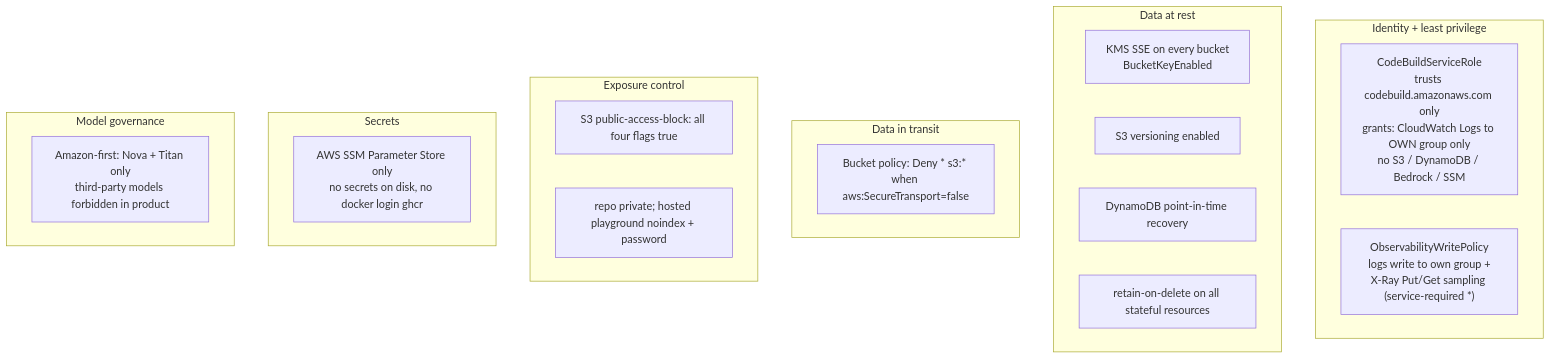
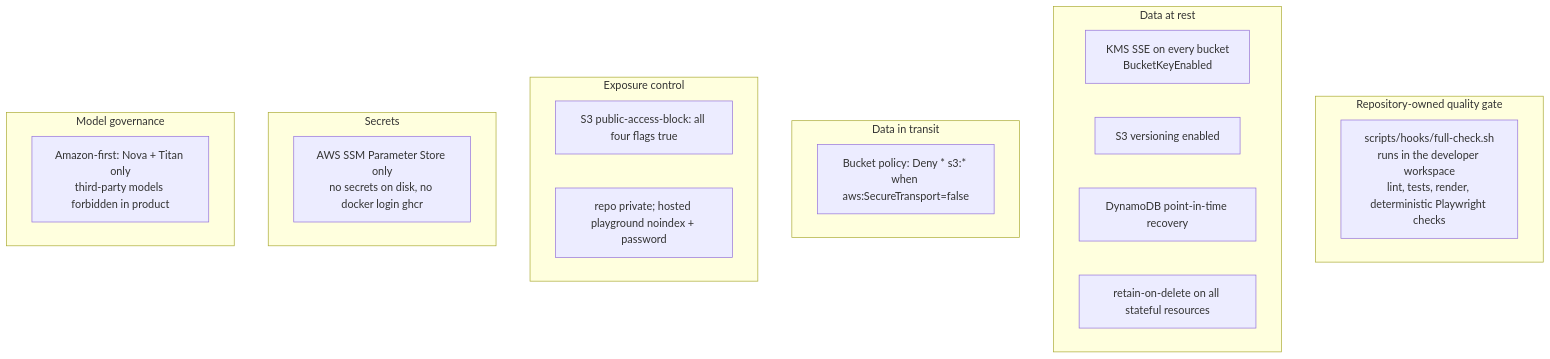
The fifth of 6 diagrams in docs/architecture/SYSTEM-OVERVIEW.md (chasko-labs/creative-automation-pipeline), drawn with Mermaid before and after one commit. The commit also changed other lines of this file and 12 other files, not shown here.

````diff
--- a/docs/architecture/SYSTEM-OVERVIEW.md
+++ b/docs/architecture/SYSTEM-OVERVIEW.md
@@ -266,31 +254,30 @@
 ```mermaid
 flowchart TB
-    subgraph Identity["Identity + least privilege"]
-        CBRole["CodeBuildServiceRole<br/>trusts codebuild.amazonaws.com only<br/>grants: CloudWatch Logs to OWN group only<br/>no S3 / DynamoDB / Bedrock / SSM"]
-        ObsPol["ObservabilityWritePolicy<br/>logs write to own group +<br/>X-Ray Put/Get sampling (service-required *)"]
+    subgraph Checks["Repository-owned quality gate"]
+        Gate["scripts/hooks/full-check.sh<br/>runs in the developer workspace<br/>lint, tests, render, deterministic Playwright checks"]
     end
 
     subgraph DataAtRest["Data at rest"]
         KMS["KMS SSE on every bucket<br/>BucketKeyEnabled"]
         Versioning["S3 versioning enabled"]
         PITR["DynamoDB point-in-time recovery"]
         Retain["retain-on-delete on all stateful resources"]
     end
 
     subgraph DataInTransit["Data in transit"]
         TLS["Bucket policy: Deny * s3:* when aws:SecureTransport=false"]
     end
 
     subgraph Exposure["Exposure control"]
         PAB["S3 public-access-block: all four flags true"]
         Private["repo private; hosted playground noindex + password"]
     end
 
     subgraph Secrets["Secrets"]
         SSM["AWS SSM Parameter Store only<br/>no secrets on disk, no docker login ghcr"]
     end
 
     subgraph ThirdParty["Model governance"]
         AmazonOnly["Amazon-first: Nova + Titan only<br/>third-party models forbidden in product"]
     end
 ```
````
